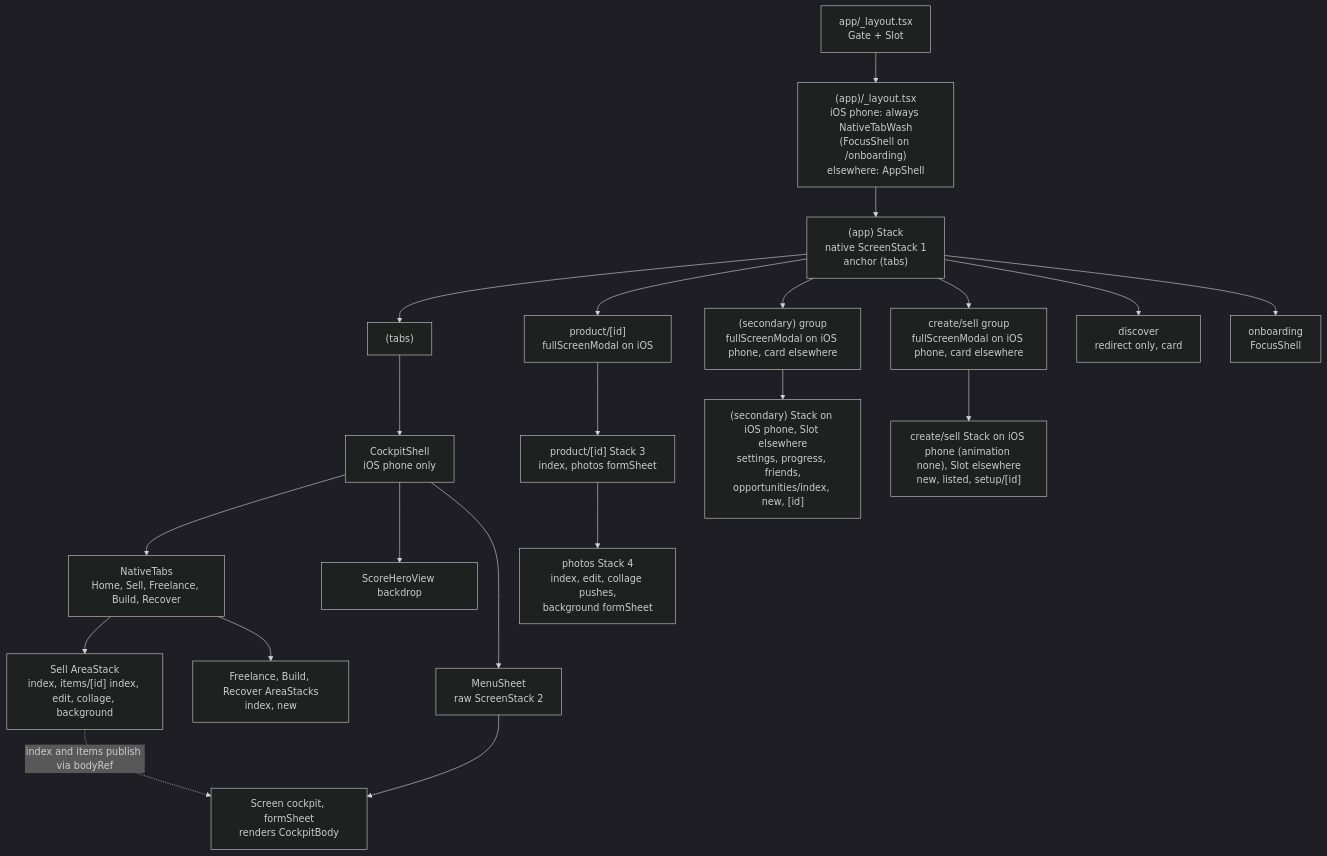
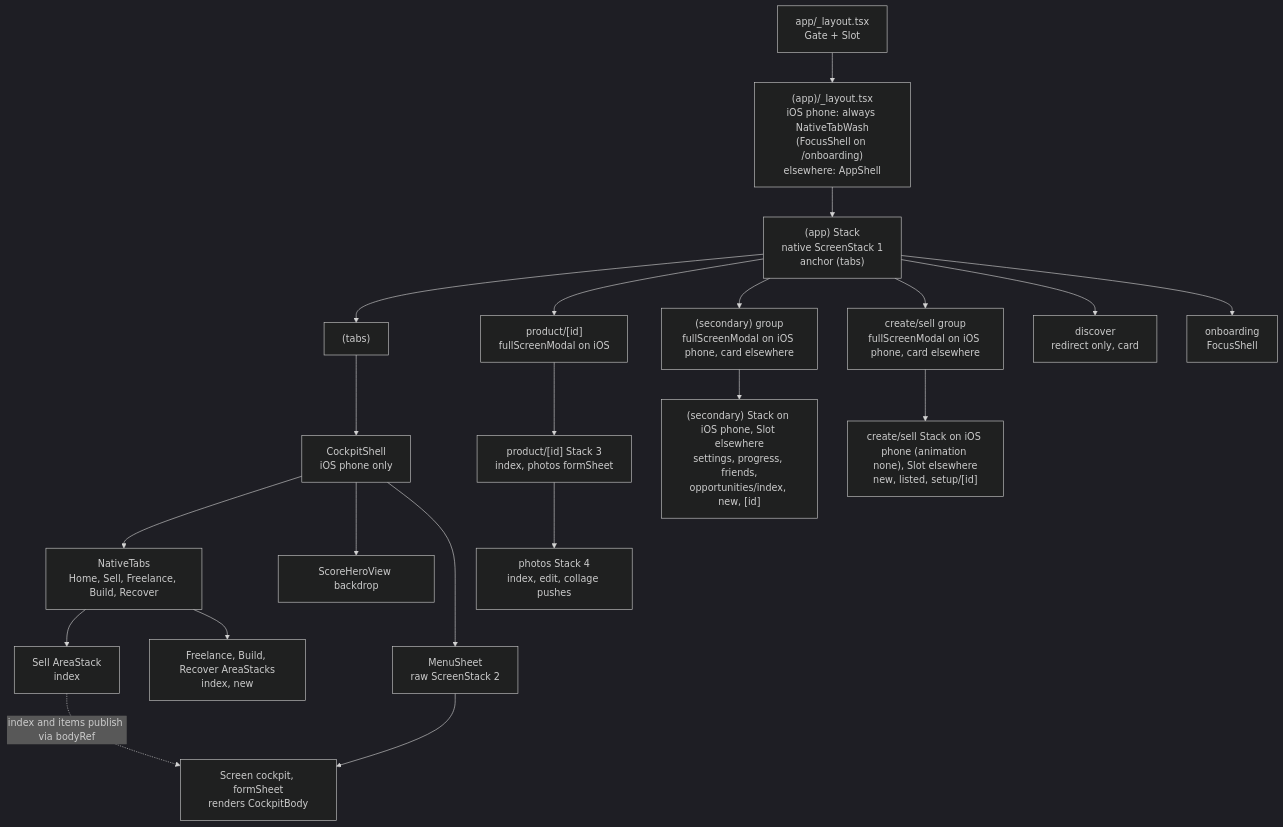
The first of 3 diagrams in docs/technical/navigation.md (yke10003/chase-the-money), drawn with Mermaid (dark theme) before and after one commit. The commit also changed other lines of this file and 2 other files, not shown here.

````diff
--- a/docs/technical/navigation.md
+++ b/docs/technical/navigation.md
@@ -122,23 +122,23 @@
 ```mermaid
 flowchart TD
   Root["app/_layout.tsx<br/>Gate + Slot"] --> App["(app)/_layout.tsx<br/>iOS phone: always NativeTabWash<br/>(FocusShell on /onboarding)<br/>elsewhere: AppShell"]
   App --> S1["(app) Stack<br/>native ScreenStack 1<br/>anchor (tabs)"]
   S1 --> Tabs["(tabs)"]
   S1 --> Product["product/[id]<br/>fullScreenModal on iOS"]
   S1 --> Secondary["(secondary) group<br/>fullScreenModal on iOS phone, card elsewhere"]
   Secondary --> SecStack["(secondary) Stack on iOS phone, Slot elsewhere<br/>settings, progress, friends,<br/>opportunities/index, new, [id]"]
   S1 --> Create["create/sell group<br/>fullScreenModal on iOS phone, card elsewhere"]
   Create --> CreateStack["create/sell Stack on iOS phone (animation none), Slot elsewhere<br/>new, listed, setup/[id]"]
   S1 --> Disc["discover<br/>redirect only, card"]
   S1 --> Onb["onboarding<br/>FocusShell"]
   Tabs --> CS["CockpitShell<br/>iOS phone only"]
   CS --> NT["NativeTabs<br/>Home, Sell, Freelance, Build, Recover"]
   CS --> Hero["ScoreHeroView backdrop"]
   CS --> MS["MenuSheet<br/>raw ScreenStack 2"]
   MS --> Cockpit["Screen cockpit, formSheet<br/>renders CockpitBody"]
-  NT --> SellStack["Sell AreaStack<br/>index, items/[id] index, edit, collage, background"]
+  NT --> SellStack["Sell AreaStack<br/>index"]
   NT --> Others["Freelance, Build, Recover AreaStacks<br/>index, new"]
   Product --> PS["product/[id] Stack 3<br/>index, photos formSheet"]
-  PS --> PhS["photos Stack 4<br/>index, edit, collage pushes,<br/>background formSheet"]
+  PS --> PhS["photos Stack 4<br/>index, edit, collage pushes"]
   SellStack -.->|"index and items publish via bodyRef"| Cockpit
 ```
````
